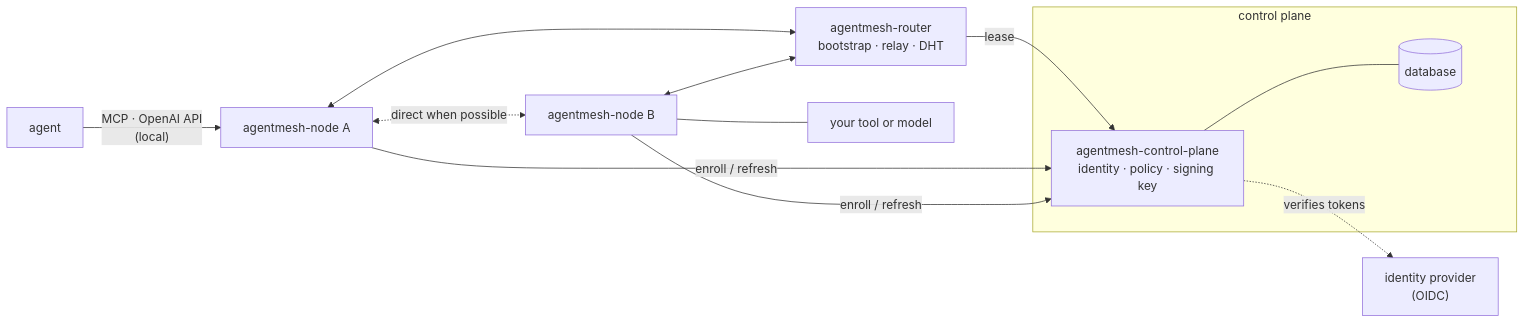
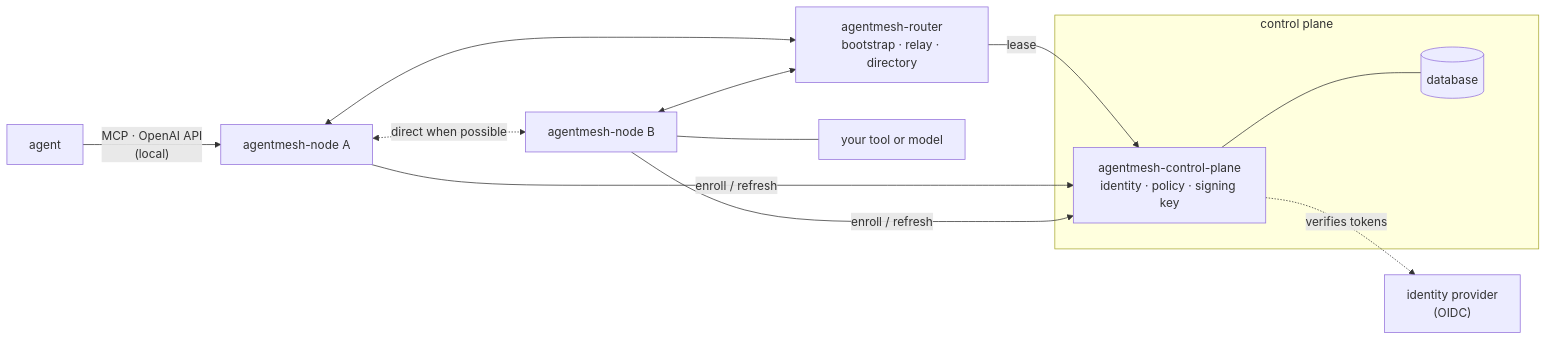
Before and after one commit to HosniBelfeki/sam: the diagram in site/content/docs/concepts/architecture.md, drawn with Mermaid. The commit also changed other lines of this file, not shown here.

First line of the commit message:
docs: routers keep directory records themselves, not in a DHT

````diff
--- a/site/content/docs/concepts/architecture.md
+++ b/site/content/docs/concepts/architecture.md
@@ -12,24 +12,24 @@
 ```mermaid
 flowchart LR
   subgraph cp["control plane"]
     CP["agentmesh-control-plane<br/>identity · policy · signing key"]
     DB[("database")]
     CP --- DB
   end
   IDP["identity provider<br/>(OIDC)"]
-  R["agentmesh-router<br/>bootstrap · relay · DHT"]
+  R["agentmesh-router<br/>bootstrap · relay · directory"]
   A["agentmesh-node A"]
   B["agentmesh-node B"]
   AG["agent"]
   SVC["your tool or model"]
 
   CP -. verifies tokens .-> IDP
   R -- lease --> CP
   A -- enroll / refresh --> CP
   B -- enroll / refresh --> CP
   A <--> R
   B <--> R
   A <-. direct when possible .-> B
   AG -- "MCP · OpenAI API<br/>(local)" --> A
   B --- SVC
 ```
````
